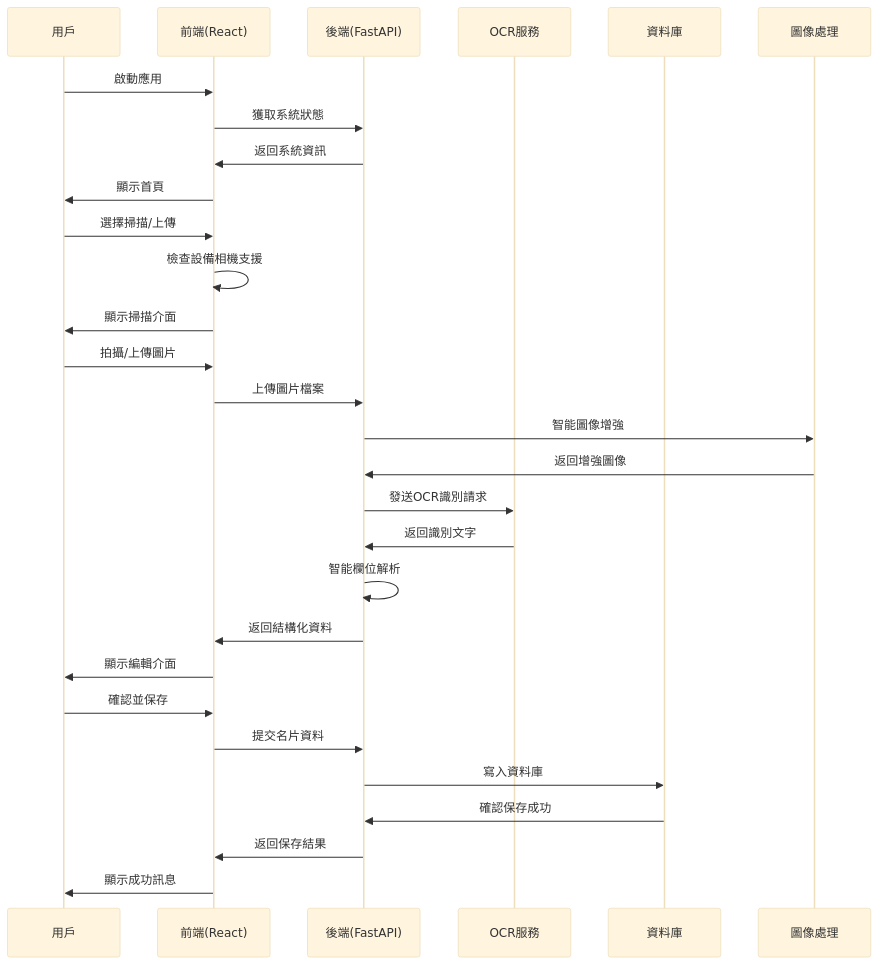
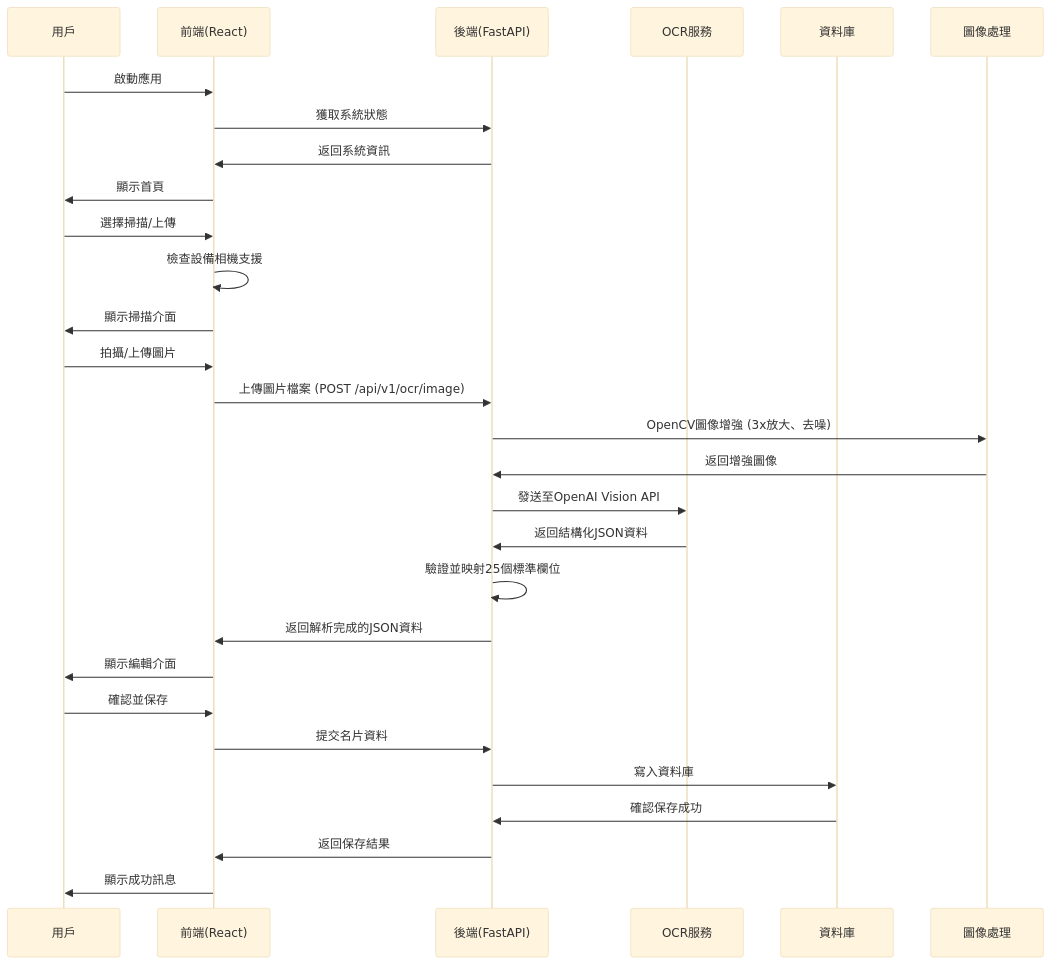
The second of 4 diagrams in ocr_appflow.md (mokecome/simple_card), drawn with Mermaid (base theme) before and after one commit. The commit also changed other lines of this file and 84 other files, not shown here.

````diff
--- a/ocr_appflow.md
+++ b/ocr_appflow.md
@@ -62,35 +62,35 @@
 ```mermaid
 sequenceDiagram
     participant U as 用戶
     participant F as 前端(React)
     participant B as 後端(FastAPI)
     participant OCR as OCR服務
     participant DB as 資料庫
     participant CV as 圖像處理
     
     U->>F: 啟動應用
     F->>B: 獲取系統狀態
     B->>F: 返回系統資訊
     F->>U: 顯示首頁
     
     U->>F: 選擇掃描/上傳
     F->>F: 檢查設備相機支援
     F->>U: 顯示掃描介面
     
     U->>F: 拍攝/上傳圖片
-    F->>B: 上傳圖片檔案
-    B->>CV: 智能圖像增強
+    F->>B: 上傳圖片檔案 (POST /api/v1/ocr/image)
+    B->>CV: OpenCV圖像增強 (3x放大、去噪)
     CV->>B: 返回增強圖像
-    B->>OCR: 發送OCR識別請求
-    OCR->>B: 返回識別文字
-    B->>B: 智能欄位解析
-    B->>F: 返回結構化資料
+    B->>OCR: 發送至OpenAI Vision API
+    OCR->>B: 返回結構化JSON資料
+    B->>B: 驗證並映射25個標準欄位
+    B->>F: 返回解析完成的JSON資料
     F->>U: 顯示編輯介面
     
     U->>F: 確認並保存
     F->>B: 提交名片資料
     B->>DB: 寫入資料庫
     DB->>B: 確認保存成功
     B->>F: 返回保存結果
     F->>U: 顯示成功訊息
 ```
````
